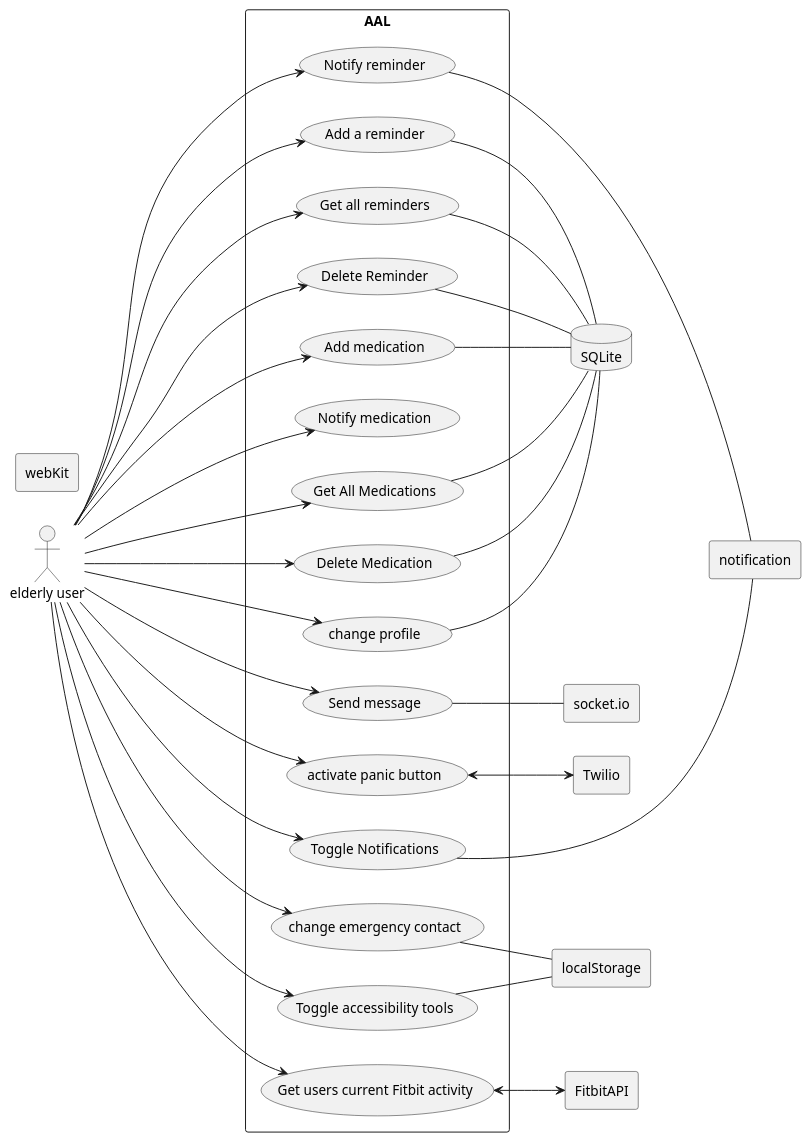
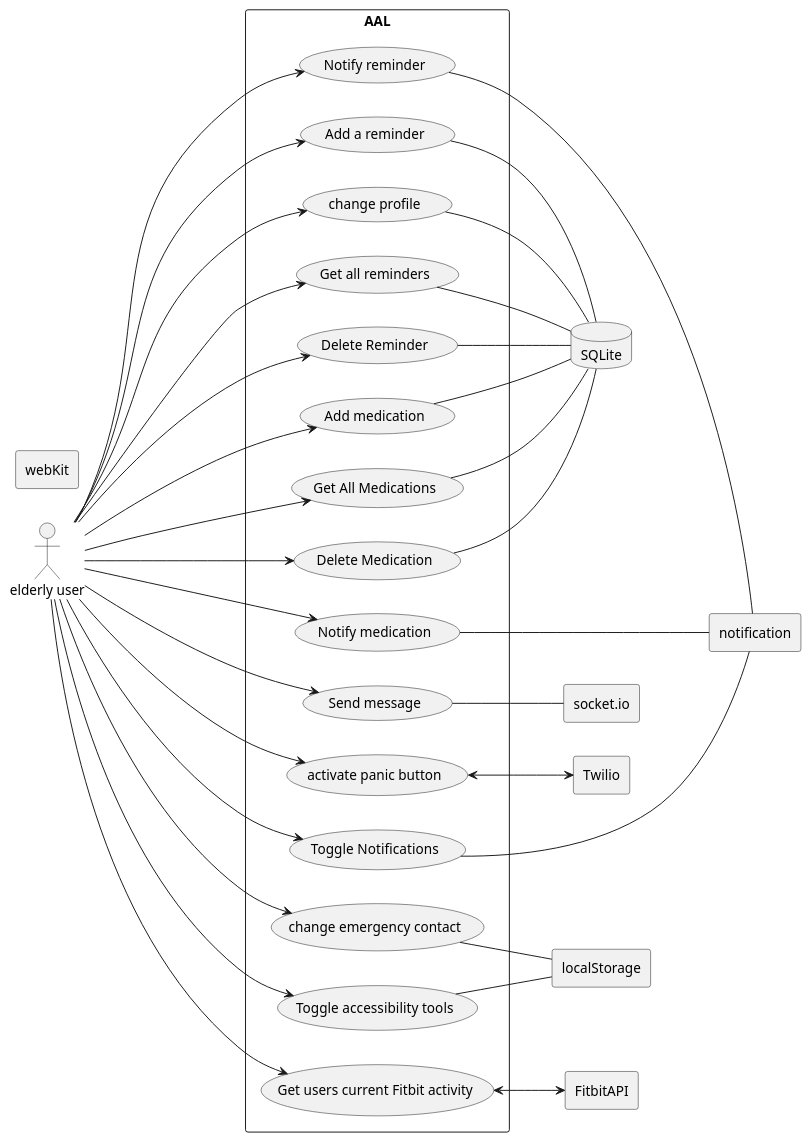
One commit to gurvirdhillon/AAL-project changed the diagram in PUML-designs/useCase2.puml. Above: the diagram before and after it, drawn with PlantUML.

Commit message:
added usecases2

```diff
--- a/PUML-designs/useCase2.puml
+++ b/PUML-designs/useCase2.puml
@@ -1,52 +1,53 @@
 @startuml AAL-living UseCases
 
 :elderly user: as ElderlyUser
 
 rectangle "AAL" as AAL {
   left to right direction
 
 ElderlyUser ----> (Add a reminder)
 ElderlyUser ---> (Notify reminder)
 ElderlyUser ---> (Get all reminders)
 ElderlyUser ---> (Delete Reminder)
 ElderlyUser ---> (Add medication)
 ElderlyUser --> (Notify medication)
 ElderlyUser --> (Get All Medications)
 ElderlyUser --> (Delete Medication)
 ElderlyUser ---> (Send message)
 ElderlyUser ---> (activate panic button)
 ElderlyUser --> (change profile)
 ElderlyUser --> (Toggle Notifications)
 ElderlyUser ---> (Toggle accessibility tools)
 ElderlyUser ---> (change emergency contact)
 ElderlyUser ----> (Get users current Fitbit activity)
 }
 
 rectangle "Twilio" as TwilioAPI
 rectangle "FitbitAPI" as FitbitAPI
 database "SQLite" as DB
 rectangle "socket.io" as SocketIO
 rectangle "localStorage" as localStorage
 rectangle "webKit" as webKit
 rectangle "notification" as notification
 
 (activate panic button) <--> TwilioAPI
 (Get users current Fitbit activity) <--> FitbitAPI
 
 (Add a reminder) -- DB
 (Get all reminders) -- DB
 (Delete Reminder) -- DB
 (change emergency contact) -- localStorage
 (Toggle accessibility tools) -- localStorage
 (change profile) -- DB
 (Toggle Notifications) --- notification
 (Notify reminder) --- notification
+(Notify medication) --- notification
 
 (Add medication) -- DB
 (Delete Medication) -- DB
 (Get All Medications) -- DB
 
 (Send message) -- SocketIO
 
 
 @enduml
```
